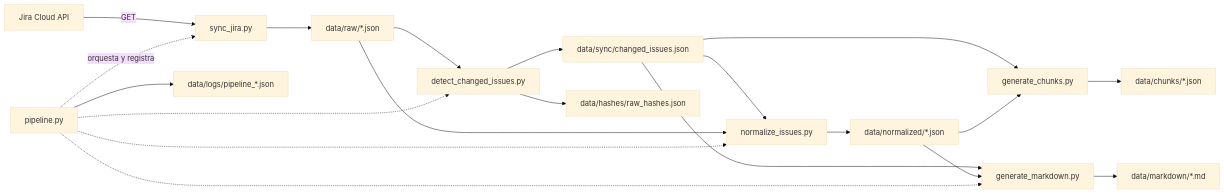
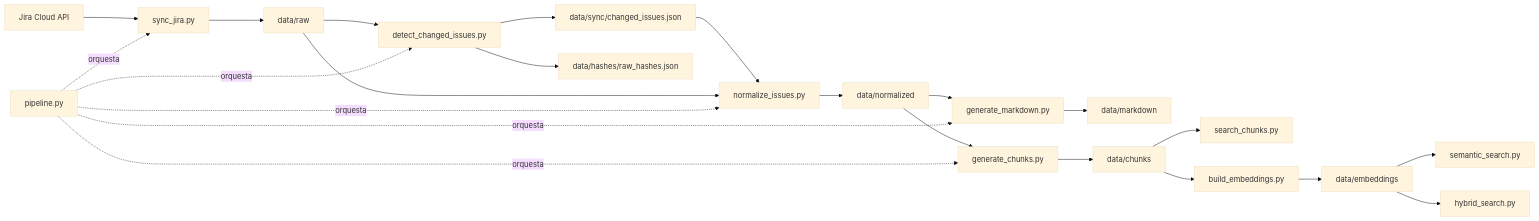
One commit to Aznar-7/JIRA_CARDS_RAG changed the diagram in README.md. Above: the diagram before and after it, drawn with Mermaid (base theme). The commit also changed other lines of this file and 1 other file, not shown here.

````diff
--- a/README.md
+++ b/README.md
@@ -44,22 +31,25 @@
 ```mermaid
 flowchart LR
-    A[Jira Cloud API] -->|GET| B[sync_jira.py]
-    B --> C[data/raw/*.json]
-    C --> D[detect_changed_issues.py]
-    D --> E[data/sync/changed_issues.json]
-    D --> F[data/hashes/raw_hashes.json]
-    E --> G[normalize_issues.py]
-    C --> G
-    G --> H[data/normalized/*.json]
-    E --> I[generate_markdown.py]
-    H --> I
-    I --> J[data/markdown/*.md]
-    E --> M[generate_chunks.py]
-    H --> M
-    M --> N[data/chunks/*.json]
-    K[pipeline.py] -. orquesta y registra .-> B
-    K -.-> D
-    K -.-> G
-    K -.-> I
-    K --> L[data/logs/pipeline_*.json]
+    Jira[Jira Cloud API] --> Sync[sync_jira.py]
+    Sync --> Raw[data/raw]
+    Raw --> Detect[detect_changed_issues.py]
+    Detect --> Changes[data/sync/changed_issues.json]
+    Detect --> Hashes[data/hashes/raw_hashes.json]
+    Changes --> Normalize[normalize_issues.py]
+    Raw --> Normalize
+    Normalize --> Normalized[data/normalized]
+    Normalized --> Markdown[generate_markdown.py]
+    Normalized --> Chunks[generate_chunks.py]
+    Markdown --> MarkdownFiles[data/markdown]
+    Chunks --> ChunkFiles[data/chunks]
+    ChunkFiles --> Literal[search_chunks.py]
+    ChunkFiles --> Build[build_embeddings.py]
+    Build --> Index[data/embeddings]
+    Index --> Semantic[semantic_search.py]
+    Index --> Hybrid[hybrid_search.py]
+    Pipeline[pipeline.py] -. orquesta .-> Sync
+    Pipeline -. orquesta .-> Detect
+    Pipeline -. orquesta .-> Normalize
+    Pipeline -. orquesta .-> Markdown
+    Pipeline -. orquesta .-> Chunks
 ```
````
